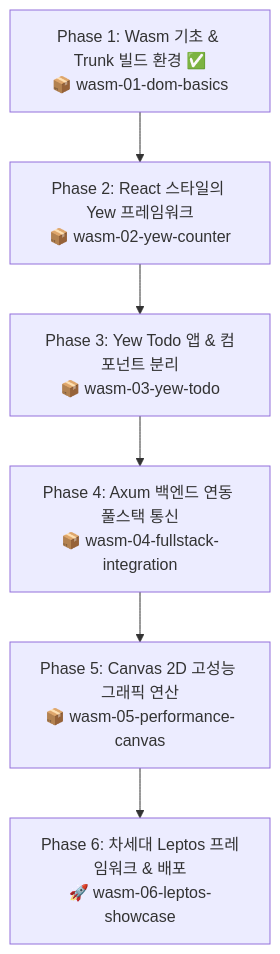
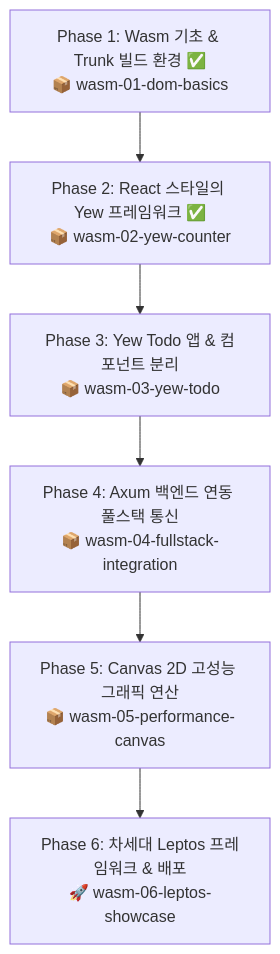
One commit to space-cap/rust-sandbox changed the diagram in docs/frontend/frontend_learning_plan.md. Above: the diagram before and after it, drawn with Mermaid. The commit also changed other lines of this file and 16 other files, not shown here.

Commit message:
기능구현: Phase 2 Yew 프레임워크 상태관리 및 wasm-02-yew-counter 완성

````diff
--- a/docs/frontend/frontend_learning_plan.md
+++ b/docs/frontend/frontend_learning_plan.md
@@ -21,8 +21,8 @@
 ```mermaid
 flowchart TD
-    F1["Phase 1: Wasm 기초 & Trunk 빌드 환경 ✅<br/>📦 wasm-01-dom-basics"] --> F2["Phase 2: React 스타일의 Yew 프레임워크<br/>📦 wasm-02-yew-counter"]
+    F1["Phase 1: Wasm 기초 & Trunk 빌드 환경 ✅<br/>📦 wasm-01-dom-basics"] --> F2["Phase 2: React 스타일의 Yew 프레임워크 ✅<br/>📦 wasm-02-yew-counter"]
     F2 --> F3["Phase 3: Yew Todo 앱 & 컴포넌트 분리<br/>📦 wasm-03-yew-todo"]
     F3 --> F4["Phase 4: Axum 백엔드 연동 풀스택 통신<br/>📦 wasm-04-fullstack-integration"]
     F4 --> F5["Phase 5: Canvas 2D 고성능 그래픽 연산<br/>📦 wasm-05-performance-canvas"]
     F5 --> F6["Phase 6: 차세대 Leptos 프레임워크 & 배포<br/>🚀 wasm-06-leptos-showcase"]
 ```
````
